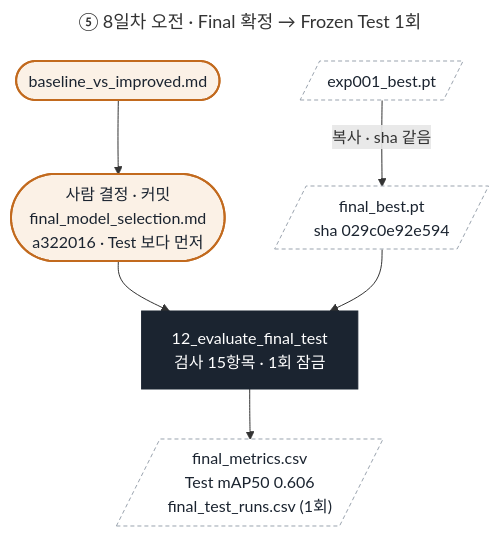
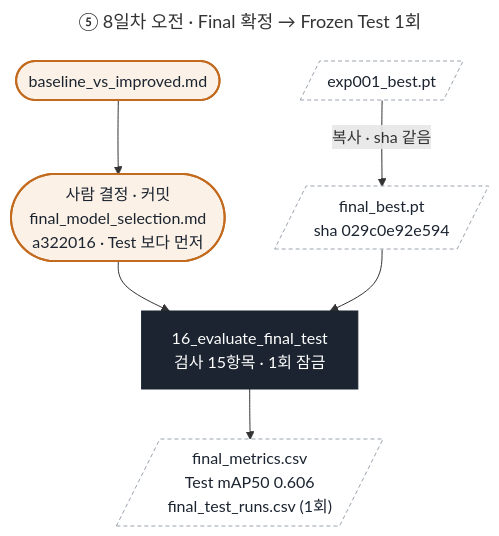
Before and after one commit to howolcat/prj2026.10: the fifth of 10 diagrams in prj08/docs/code_flow.md, drawn with Mermaid. The commit also changed other lines of this file and 129 other files, not shown here.

````diff
--- a/prj08/docs/code_flow.md
+++ b/prj08/docs/code_flow.md
@@ -140,19 +140,19 @@
 ```mermaid
 ---
 title: ⑤ 8일차 오전 · Final 확정 → Frozen Test 1회
 ---
 flowchart TD
     CMP(["baseline_vs_improved.md"]) --> SEL(["사람 결정 · 커밋<br/>final_model_selection.md<br/>a322016 · Test 보다 먼저"])
     O10[/"exp001_best.pt"/] -->|"복사 · sha 같음"| FPT[/"final_best.pt<br/>sha 029c0e92e594"/]
-    SEL --> S12["12_evaluate_final_test<br/>검사 15항목 · 1회 잠금"]
+    SEL --> S12["16_evaluate_final_test<br/>검사 15항목 · 1회 잠금"]
     FPT --> S12
     S12 --> O12[/"final_metrics.csv<br/>Test mAP50 0.606<br/>final_test_runs.csv (1회)"/]
 
     classDef data fill:#E9ECE8,stroke:#9AA3AE,color:#1B2430
     classDef script fill:#1B2430,stroke:#1B2430,color:#FFFFFF
     classDef out fill:#FFFFFF,stroke:#9AA3AE,stroke-dasharray:4 3,color:#1B2430
     classDef human fill:#FBF1E6,stroke:#C26A1E,stroke-width:2px,color:#1B2430
     class S12 script
     class O10,FPT,O12 out
     class CMP,SEL human
 ```
````
